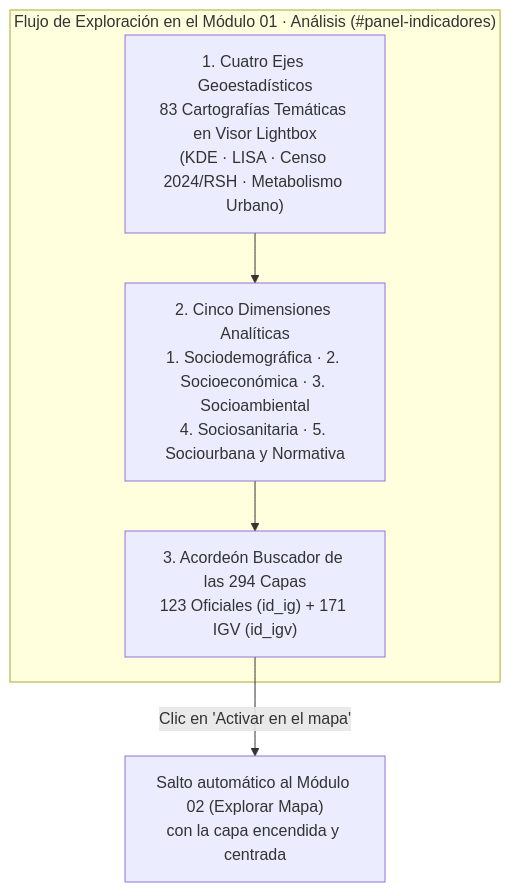
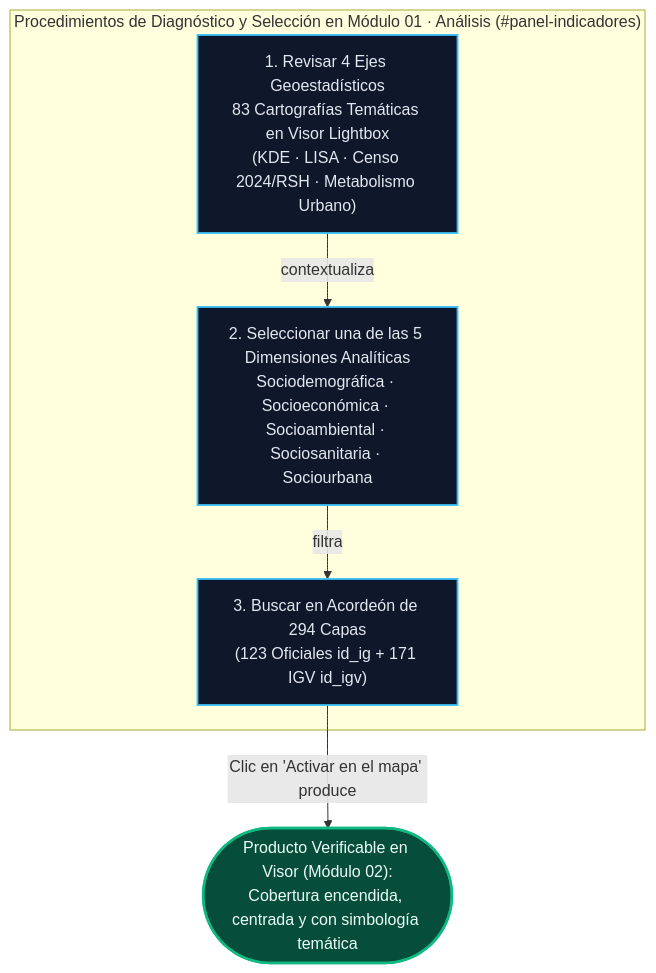
The third of 5 diagrams in src/docs/MANUAL_USO.md (GEOJOTA/atlas-vgi-barrio-brasil), drawn with Mermaid before and after one commit. The commit also changed other lines of this file and 44 other files, not shown here.

Commit message:
feat(atlas): lectura dinamica A/A+/A++, pausa puntual en Inspector PRC, mapa base en simbologia, capas VGI exhaustivas y flujo procedimiento-entregable (v74)

````diff
--- a/src/docs/MANUAL_USO.md
+++ b/src/docs/MANUAL_USO.md
@@ -94,11 +104,15 @@
 ```mermaid
 flowchart TD
-    subgraph M01_FLUJO["Flujo de Exploración en el Módulo 01 · Análisis (#panel-indicadores)"]
-        EJE["1. Cuatro Ejes Geoestadísticos\n83 Cartografías Temáticas en Visor Lightbox\n(KDE · LISA · Censo 2024/RSH · Metabolismo Urbano)"]
-        DIM["2. Cinco Dimensiones Analíticas\n1. Sociodemográfica · 2. Socioeconómica · 3. Socioambiental\n4. Sociosanitaria · 5. Sociourbana y Normativa"]
-        ACO["3. Acordeón Buscador de las 294 Capas\n123 Oficiales (id_ig) + 171 IGV (id_igv)"]
+    classDef proc fill:#0f172a,stroke:#38bdf8,stroke-width:1.8px,color:#e2e8f0
+    classDef ent fill:#064e3b,stroke:#10b981,stroke-width:2.5px,color:#ecfdf5
+
+    subgraph M01_FLUJO["Procedimientos de Diagnóstico y Selección en Módulo 01 · Análisis (#panel-indicadores)"]
+        EJE["1. Revisar 4 Ejes Geoestadísticos\n83 Cartografías Temáticas en Visor Lightbox\n(KDE · LISA · Censo 2024/RSH · Metabolismo Urbano)"]:::proc
+        DIM["2. Seleccionar una de las 5 Dimensiones Analíticas\nSociodemográfica · Socioeconómica · Socioambiental · Sociosanitaria · Sociourbana"]:::proc
+        ACO["3. Buscar en Acordeón de 294 Capas\n(123 Oficiales id_ig + 171 IGV id_igv)"]:::proc
     end
 
-    EJE --> DIM --> ACO
-    ACO -->|"Clic en 'Activar en el mapa'"| VIS["Salto automático al Módulo 02 (Explorar Mapa)\ncon la capa encendida y centrada"]
+    VIS(["Producto Verificable en Visor (Módulo 02):\nCobertura encendida, centrada y con simbología temática"]):::ent
+
+    EJE -->|"contextualiza"| DIM -->|"filtra"| ACO -->|"Clic en 'Activar en el mapa' produce"| VIS
 ```
````
